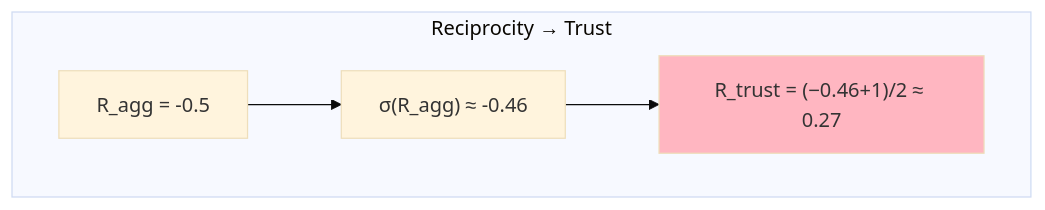
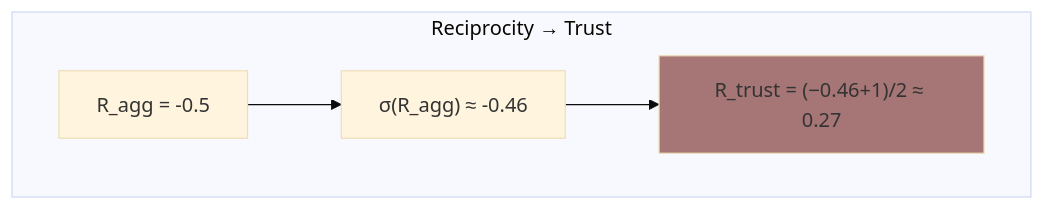
Before and after one commit to ScopeCreep-zip/Symbiont: the third of 6 diagrams in docs/protocol/trust-computation.md, drawn with Mermaid (base theme). The commit also changed other lines of this file and 17 other files, not shown here.

Commit message:
update to diagram colors

````diff
--- a/docs/protocol/trust-computation.md
+++ b/docs/protocol/trust-computation.md
@@ -188,12 +188,12 @@
 ```mermaid
 graph TB
     subgraph "Reciprocity → Trust"
         R_AGG["R_agg = -0.5"]
         SIG["σ(R_agg) ≈ -0.46"]
         R_TRUST["R_trust = (−0.46+1)/2 ≈ 0.27"]
     end
 
     R_AGG --> SIG --> R_TRUST
 
-    style R_TRUST fill:#FFB6C1
+    style R_TRUST fill:#a67676
 ```
````
